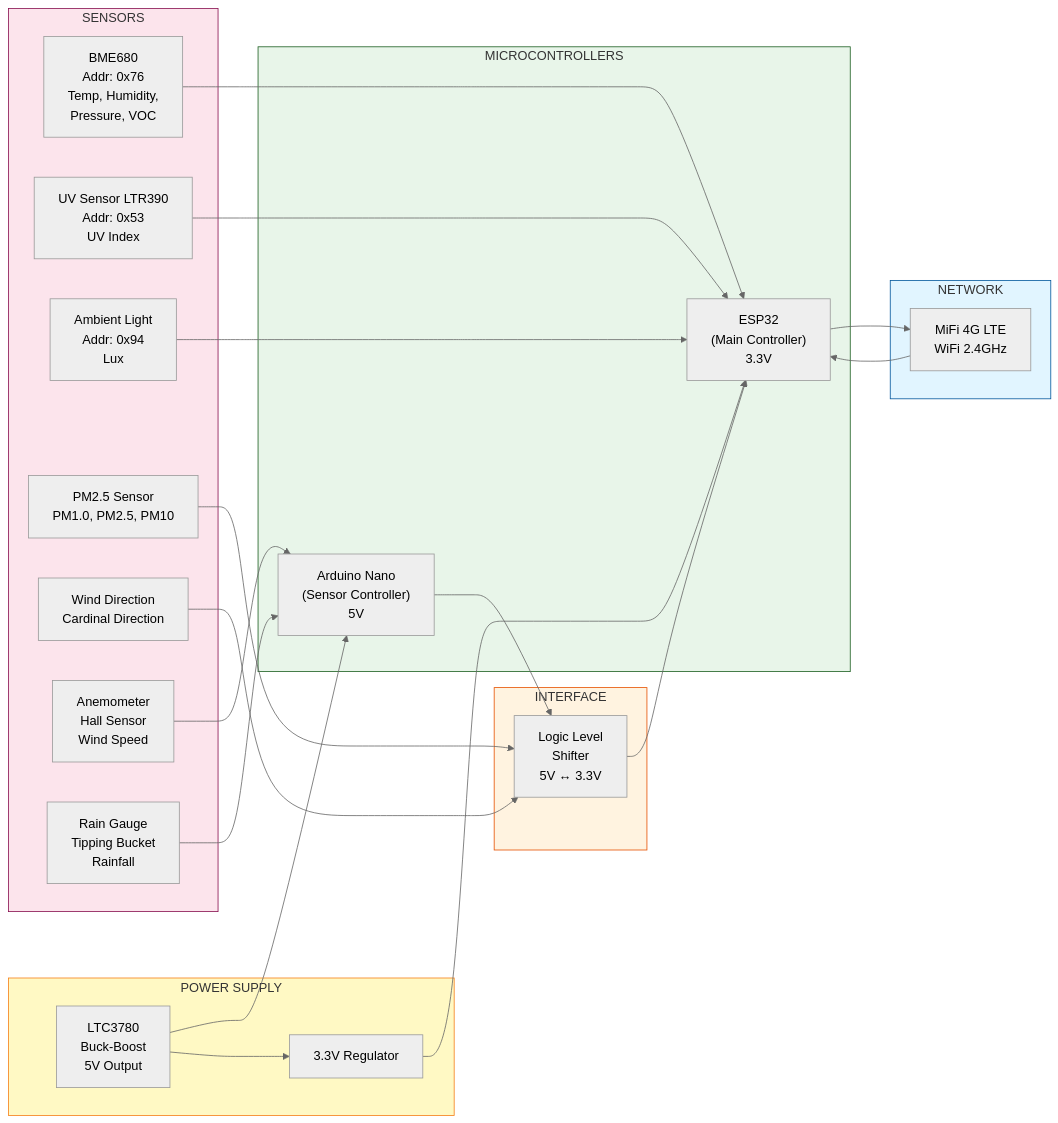
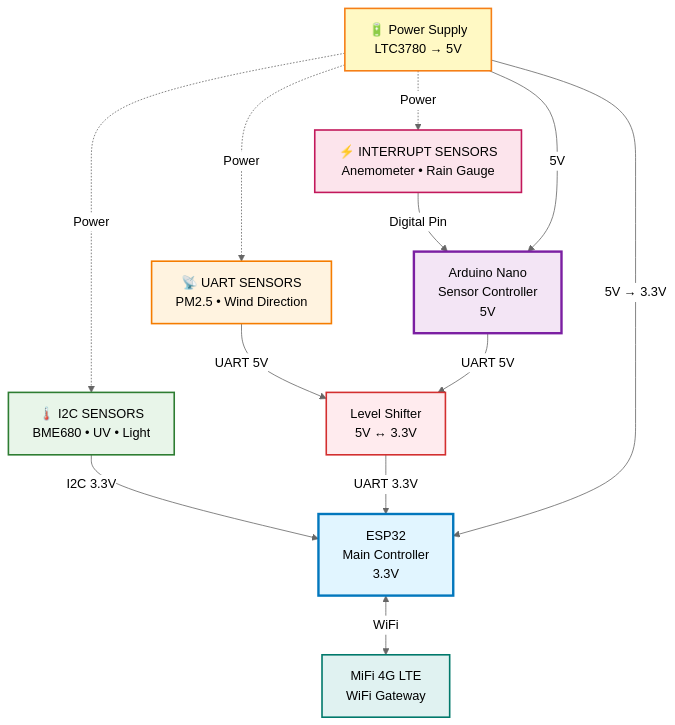
The second of 7 diagrams in Proposal.md (antonprafanto/weather_sensor), drawn with Mermaid (neutral theme) before and after one commit. The commit also changed other lines of this file, not shown here.

````diff
--- a/Proposal.md
+++ b/Proposal.md
@@ -885,60 +843,49 @@
 ```mermaid
-graph LR
-    subgraph Sensors["SENSORS"]
-        BME["BME680<br/>Addr: 0x76<br/>Temp, Humidity,<br/>Pressure, VOC"]
-        UVS["UV Sensor LTR390<br/>Addr: 0x53<br/>UV Index"]
-        ALS["Ambient Light<br/>Addr: 0x94<br/>Lux"]
-        PM["PM2.5 Sensor<br/>PM1.0, PM2.5, PM10"]
-        WD["Wind Direction<br/>Cardinal Direction"]
-        ANE["Anemometer<br/>Hall Sensor<br/>Wind Speed"]
-        RG["Rain Gauge<br/>Tipping Bucket<br/>Rainfall"]
-    end
+graph TB
+    %% Sensors grouped by interface type
+    I2C["🌡️ I2C SENSORS<br/>BME680 • UV • Light"]
+    UART["📡 UART SENSORS<br/>PM2.5 • Wind Direction"]
+    INT["⚡ INTERRUPT SENSORS<br/>Anemometer • Rain Gauge"]
 
-    subgraph Controllers["MICROCONTROLLERS"]
-        ESP["ESP32<br/>(Main Controller)<br/>3.3V"]
-        ARD["Arduino Nano<br/>(Sensor Controller)<br/>5V"]
-    end
+    %% Controllers
+    ESP["ESP32<br/>Main Controller<br/>3.3V"]
+    ARD["Arduino Nano<br/>Sensor Controller<br/>5V"]
 
-    subgraph Interface["INTERFACE"]
-        LS["Logic Level<br/>Shifter<br/>5V ↔ 3.3V"]
-    end
+    %% Interface
+    LVL["Level Shifter<br/>5V ↔ 3.3V"]
 
-    subgraph Network["NETWORK"]
-        MIFI["MiFi 4G LTE<br/>WiFi 2.4GHz"]
-    end
+    %% Network
+    WIFI["MiFi 4G LTE<br/>WiFi Gateway"]
 
-    subgraph Power_Supply["POWER SUPPLY"]
-        LTC["LTC3780<br/>Buck-Boost<br/>5V Output"]
-        REG["3.3V Regulator"]
-    end
+    %% Power
+    PWR["🔋 Power Supply<br/>LTC3780 → 5V"]
 
-    %% I2C Connections
-    BME --> ESP
-    UVS --> ESP
-    ALS --> ESP
+    %% Connections - Sensors to Controllers
+    I2C -->|I2C 3.3V| ESP
+    UART -->|UART 5V| LVL
+    INT -->|Digital Pin| ARD
 
-    %% UART Connections via Level Shifter
-    PM --> LS
-    WD --> LS
-    ARD --> LS
-    LS --> ESP
+    %% Controller to Controller
+    ARD -->|UART 5V| LVL
+    LVL -->|UART 3.3V| ESP
 
-    %% Interrupt Connections
-    ANE --> ARD
-    RG --> ARD
+    %% Network
+    ESP <-->|WiFi| WIFI
 
-    %% WiFi Connection
-    ESP --> MIFI
-    MIFI --> ESP
+    %% Power distribution
+    PWR -->|5V| ARD
+    PWR -->|5V → 3.3V| ESP
+    PWR -.->|Power| I2C
+    PWR -.->|Power| UART
+    PWR -.->|Power| INT
 
-    %% Power Connections
-    LTC --> ARD
-    LTC --> REG
-    REG --> ESP
-
-    style Sensors fill:#fce4ec,stroke:#880e4f
-    style Controllers fill:#e8f5e9,stroke:#1b5e20
-    style Interface fill:#fff3e0,stroke:#e65100
-    style Network fill:#e1f5ff,stroke:#01579b
-    style Power_Supply fill:#fff9c4,stroke:#f57f17
+    %% Styling
+    style I2C fill:#e8f5e9,stroke:#2e7d32,stroke-width:2px
+    style UART fill:#fff3e0,stroke:#f57c00,stroke-width:2px
+    style INT fill:#fce4ec,stroke:#c2185b,stroke-width:2px
+    style ESP fill:#e1f5ff,stroke:#0277bd,stroke-width:3px
+    style ARD fill:#f3e5f5,stroke:#7b1fa2,stroke-width:3px
+    style LVL fill:#ffebee,stroke:#d32f2f,stroke-width:2px
+    style WIFI fill:#e0f2f1,stroke:#00796b,stroke-width:2px
+    style PWR fill:#fff9c4,stroke:#f57f17,stroke-width:2px
 ```
````
